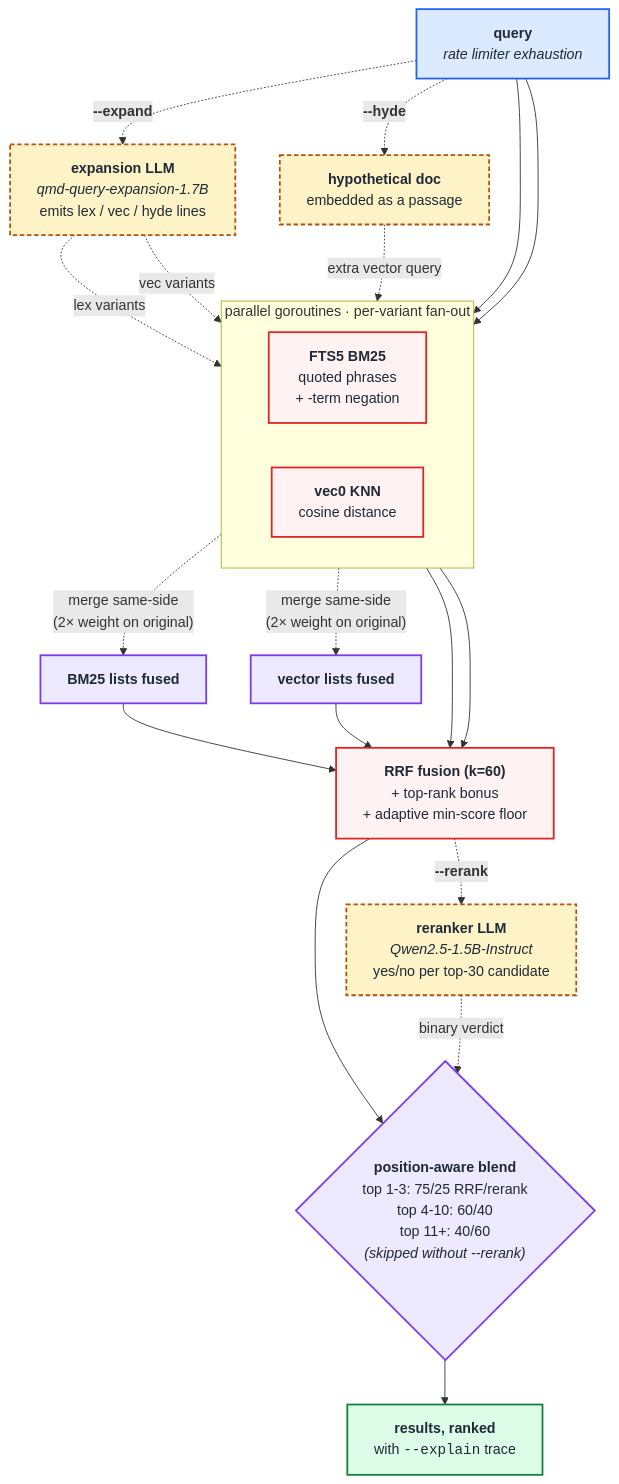
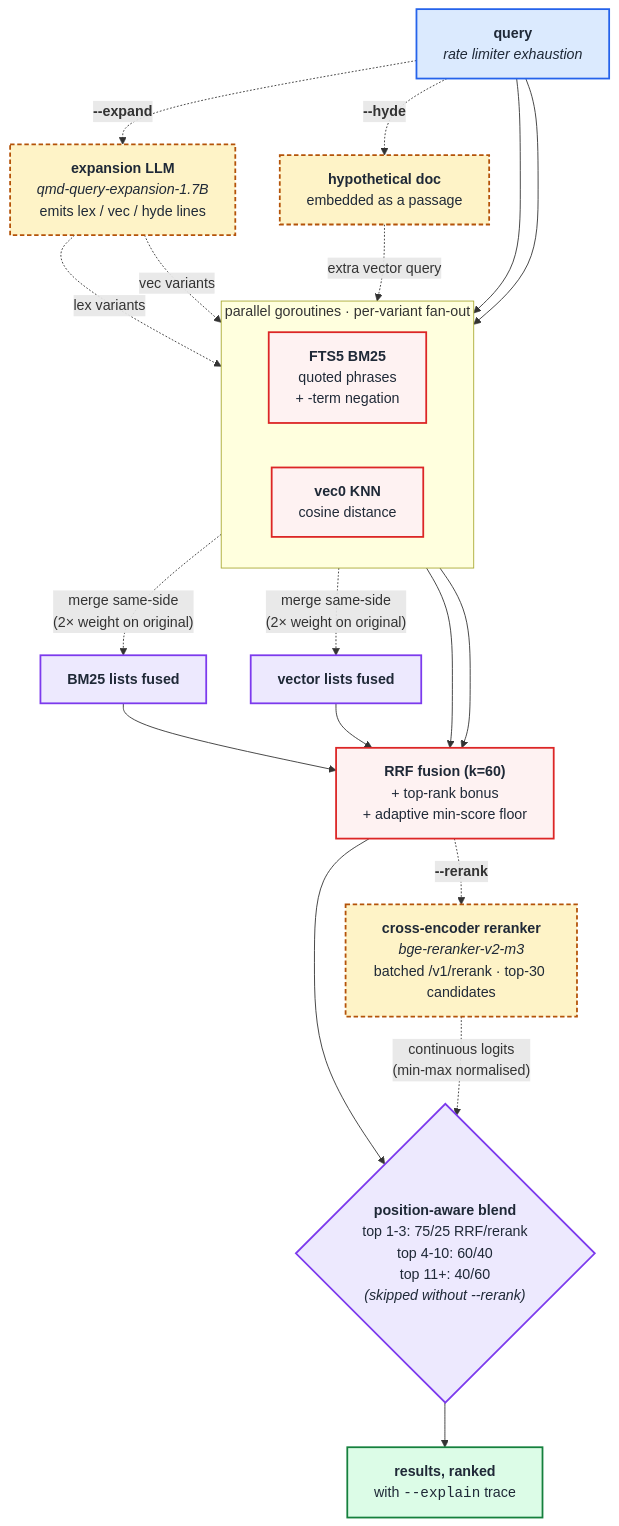
One commit to ugurcan-aytar/recall changed the diagram in README.md. Above: the diagram before and after it, drawn with Mermaid. The commit also changed other lines of this file, not shown here.

First line of the commit message:
docs(readme): update diagram + --rerank section for bge-reranker

````diff
--- a/README.md
+++ b/README.md
@@ -100,51 +100,51 @@
 ```mermaid
 flowchart TD
     Q["<b>query</b><br><i>rate limiter exhaustion</i>"]
 
     Q -. "<b>--expand</b>" .-> EXP
     Q -. "<b>--hyde</b>" .-> HYD
     EXP["<b>expansion LLM</b><br><i>qmd-query-expansion-1.7B</i><br>emits lex / vec / hyde lines"]
     HYD["<b>hypothetical doc</b><br>embedded as a passage"]
     EXP -. lex variants .-> BM25
     EXP -. vec variants .-> VEC
     HYD -. extra vector query .-> VEC
 
     Q --> BM25
     Q --> VEC
     subgraph parallel ["parallel goroutines · per-variant fan-out"]
         direction LR
         BM25["<b>FTS5 BM25</b><br>quoted phrases<br>+ -term negation"]
         VEC["<b>vec0 KNN</b><br>cosine distance"]
     end
 
     BM25 -. "merge same-side<br>(2× weight on original)" .-> SBM
     VEC -. "merge same-side<br>(2× weight on original)" .-> SVE
     SBM["<b>BM25 lists fused</b>"]
     SVE["<b>vector lists fused</b>"]
 
     BM25 --> RRF
     VEC --> RRF
     SBM --> RRF
     SVE --> RRF
 
     RRF["<b>RRF fusion (k=60)</b><br>+ top-rank bonus<br>+ adaptive min-score floor"]
 
     RRF --> BLEND
     RRF -. "<b>--rerank</b>" .-> RER
-    RER["<b>reranker LLM</b><br><i>Qwen2.5-1.5B-Instruct</i><br>yes/no per top-30 candidate"]
-    RER -. binary verdict .-> BLEND
+    RER["<b>cross-encoder reranker</b><br><i>bge-reranker-v2-m3</i><br>batched /v1/rerank · top-30 candidates"]
+    RER -. continuous logits<br>(min-max normalised) .-> BLEND
 
     BLEND{"<b>position-aware blend</b><br>top 1-3: 75/25 RRF/rerank<br>top 4-10: 60/40<br>top 11+: 40/60<br><i>(skipped without --rerank)</i>"}
     BLEND --> R["<b>results, ranked</b><br>with <code>--explain</code> trace"]
 
     classDef step fill:#fef2f2,stroke:#dc2626,stroke-width:2px,color:#1f2937
     classDef result fill:#dcfce7,stroke:#15803d,stroke-width:2px,color:#1f2937
     classDef query fill:#dbeafe,stroke:#2563eb,stroke-width:2px,color:#1f2937
     classDef llm fill:#fef3c7,stroke:#b45309,stroke-width:2px,color:#1f2937,stroke-dasharray:5 3
     classDef merge fill:#ede9fe,stroke:#7c3aed,stroke-width:2px,color:#1f2937
     class Q query
     class BM25,VEC,RRF step
     class EXP,HYD,RER llm
     class SBM,SVE,BLEND merge
     class R result
 ```
````
